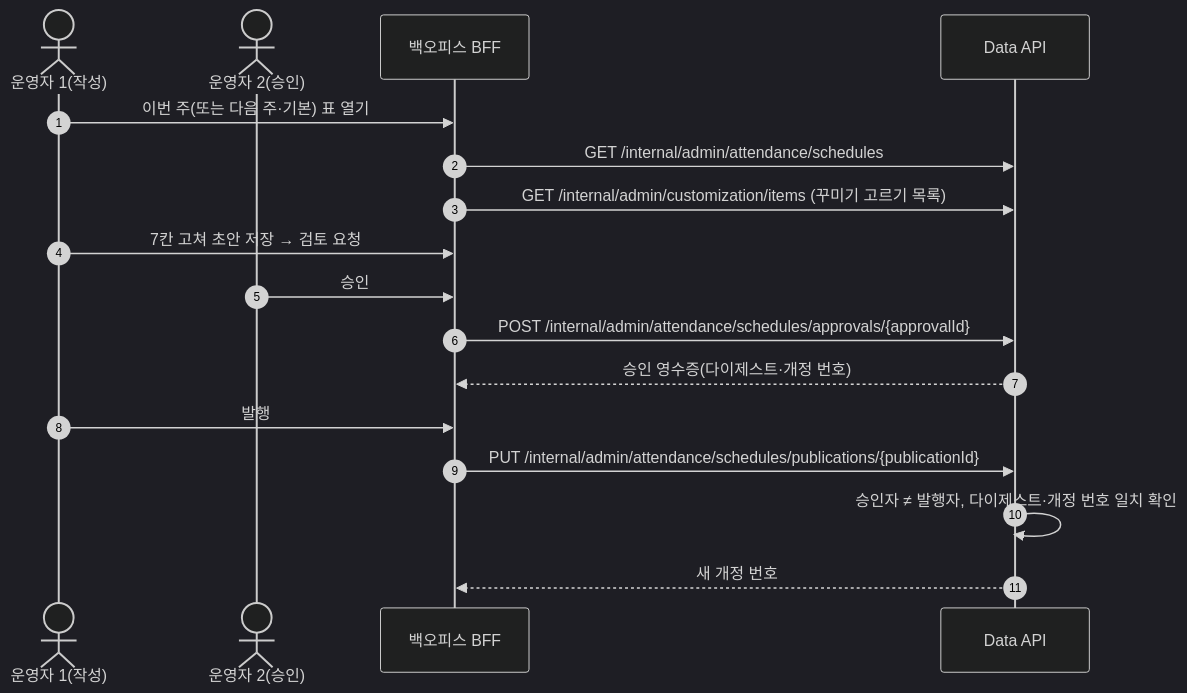
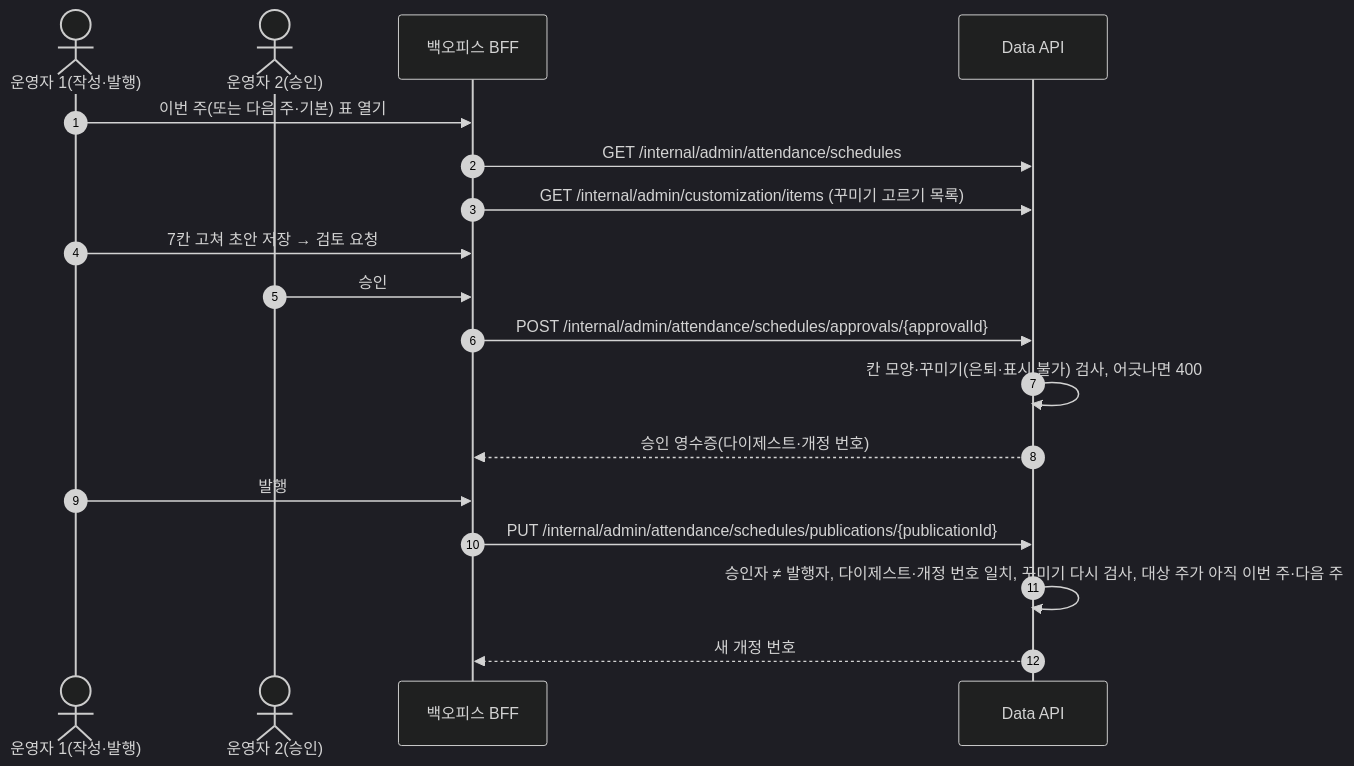
Before and after one commit to OneOrThree/phone: the fourth of 4 diagrams in docs/prd/fishcat/attendance/high-level-design.md, drawn with Mermaid (dark theme). The commit also changed other lines of this file, not shown here.

````diff
--- a/docs/prd/fishcat/attendance/high-level-design.md
+++ b/docs/prd/fishcat/attendance/high-level-design.md
@@ -144,19 +148,20 @@
 ```mermaid
 sequenceDiagram
   autonumber
-  actor W as 운영자 1(작성)
+  actor W as 운영자 1(작성·발행)
   actor P as 운영자 2(승인)
   participant F as 백오피스 BFF
   participant D as Data API
   W->>F: 이번 주(또는 다음 주·기본) 표 열기
   F->>D: GET /internal/admin/attendance/schedules
   F->>D: GET /internal/admin/customization/items (꾸미기 고르기 목록)
   W->>F: 7칸 고쳐 초안 저장 → 검토 요청
   P->>F: 승인
   F->>D: POST /internal/admin/attendance/schedules/approvals/{approvalId}
+  D->>D: 칸 모양·꾸미기(은퇴·표시 불가) 검사, 어긋나면 400
   D-->>F: 승인 영수증(다이제스트·개정 번호)
   W->>F: 발행
   F->>D: PUT /internal/admin/attendance/schedules/publications/{publicationId}
-  D->>D: 승인자 ≠ 발행자, 다이제스트·개정 번호 일치 확인
+  D->>D: 승인자 ≠ 발행자, 다이제스트·개정 번호 일치, 꾸미기 다시 검사, 대상 주가 아직 이번 주·다음 주
   D-->>F: 새 개정 번호
 ```
````
